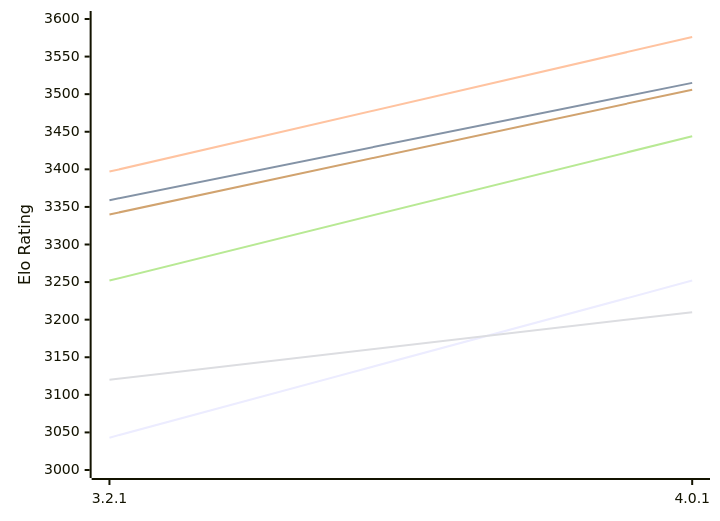
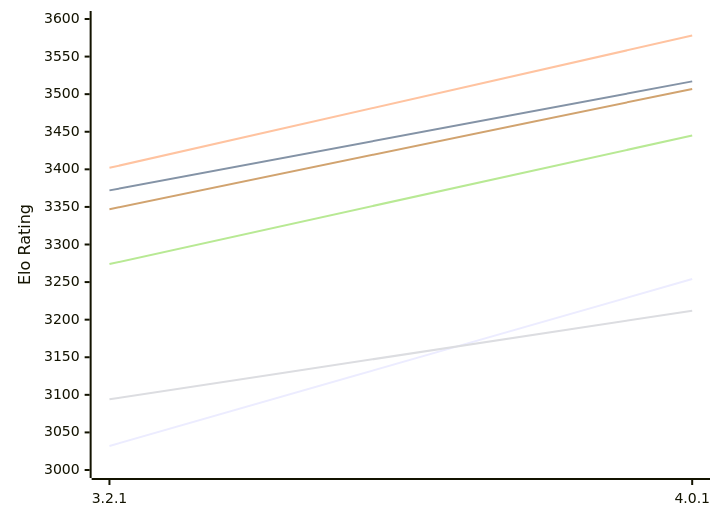
The first of 2 diagrams in engines/Prune.md (computer-chess-index/cci), drawn with Mermaid before and after one commit. The commit also changed other lines of this file, not shown here.

Commit message:
Update CCI Ratings (ELO VLTC) - 2026-11-17

````diff
--- a/engines/Prune.md
+++ b/engines/Prune.md
@@ -56,12 +56,12 @@
 ```mermaid
 %%{init: {"theme":"base","themeVariables":{"seriesColors:['#a3a3a3','#222221','#faa371']}}}%%
 xychart-beta
   x-axis ["3.2.1", "4.0.1"]
   y-axis "Elo Rating" 3000 --> 3600
-  line "E1: STC (8.0+0.08s)" [3043, 3252]
-  line "E1: LTC (60.0+0.60s)" [3359, 3515]
-  line "E1: VLTC (2m24s+1.12s)" [3397, 3576]
-  line "P1: STC (8.0+0.08s)" [3120, 3210]
-  line "P1: LTC (60.0+0.60s)" [3252, 3444]
-  line "P1: VLTC (2m24s+1.12s)" [3340, 3506]
+  line "E1: STC (8.0+0.08s)" [3032, 3254]
+  line "E1: LTC (60.0+0.60s)" [3372, 3517]
+  line "E1: VLTC (2m24s+1.12s)" [3402, 3578]
+  line "P1: STC (8.0+0.08s)" [3094, 3212]
+  line "P1: LTC (60.0+0.60s)" [3274, 3445]
+  line "P1: VLTC (2m24s+1.12s)" [3347, 3507]
 ```
````
